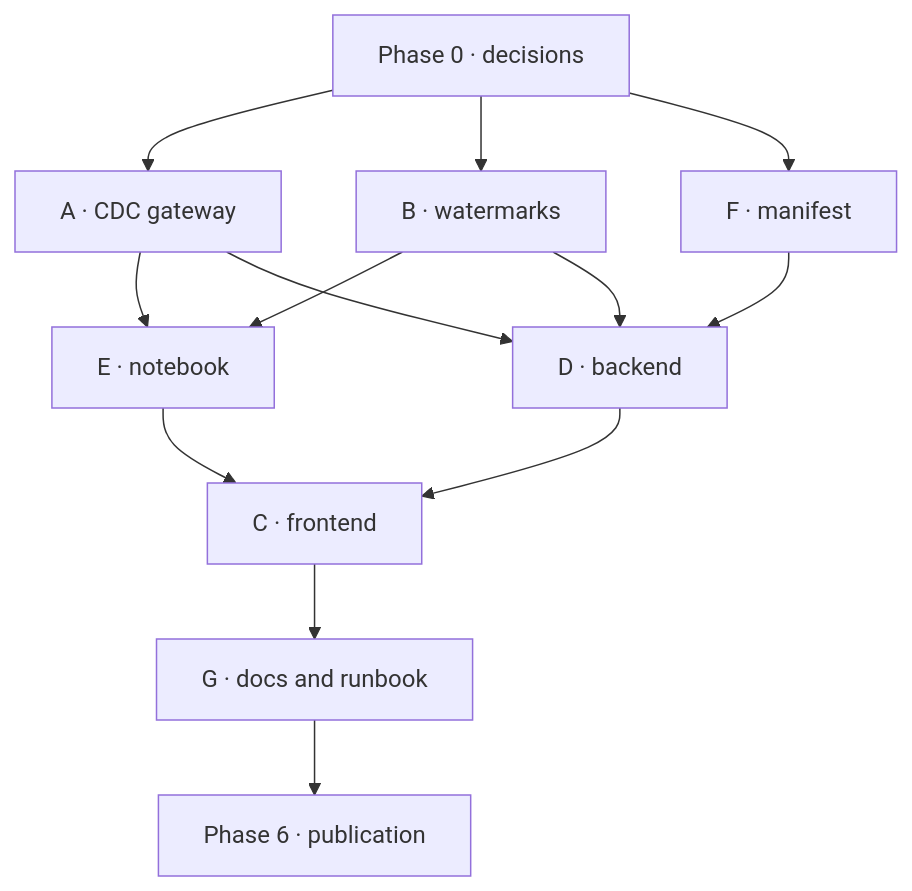
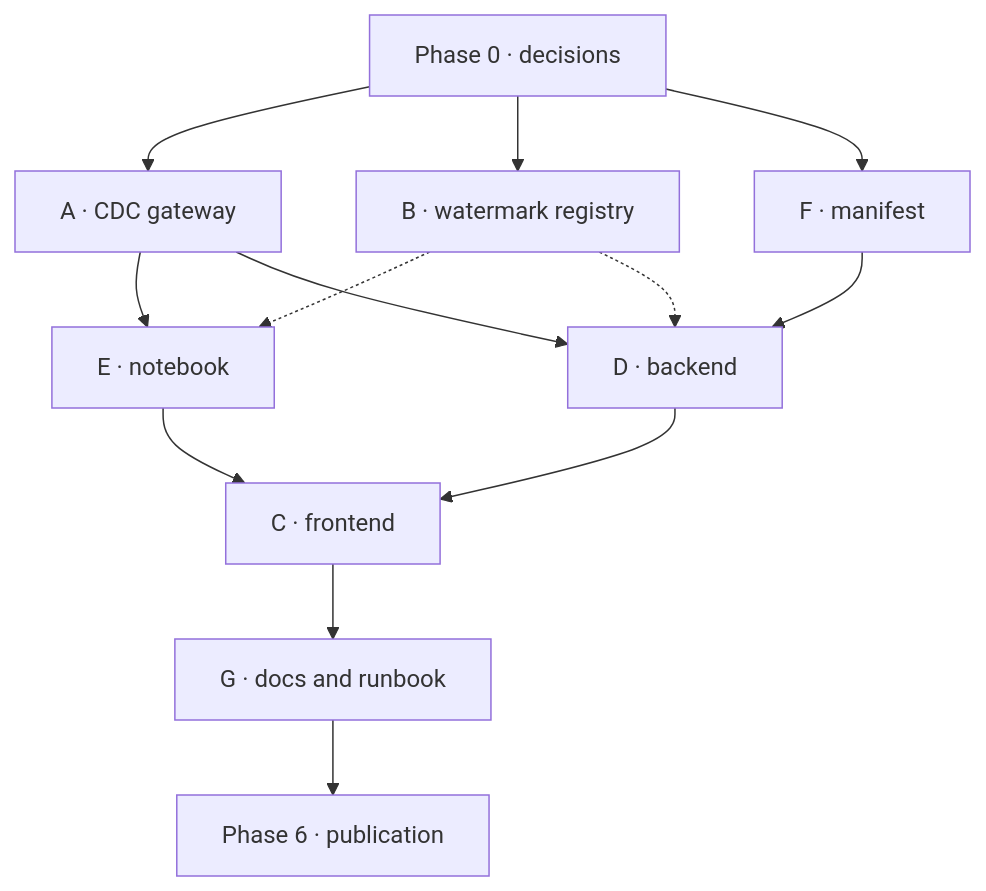
One commit to fredgis/asmDB changed the fourth of 5 diagrams in docs/WORKLOAD.md. Above: the diagram before and after it, drawn with Mermaid. The commit also changed other lines of this file and 19 other files, not shown here.

````diff
--- a/docs/WORKLOAD.md
+++ b/docs/WORKLOAD.md
@@ -918,15 +936,15 @@
 ```mermaid
 flowchart TD
   P0["Phase 0 · decisions"] --> A["A · CDC gateway"]
-  P0 --> B["B · watermarks"]
+  P0 --> B["B · watermark registry"]
   A --> E["E · notebook"]
-  B --> E
+  B -.-> E
   A --> D["D · backend"]
-  B --> D
+  B -.-> D
   P0 --> F["F · manifest"]
   F --> D
   D --> C["C · frontend"]
   E --> C
   C --> G["G · docs and runbook"]
   G --> PUB["Phase 6 · publication"]
 ```
````
